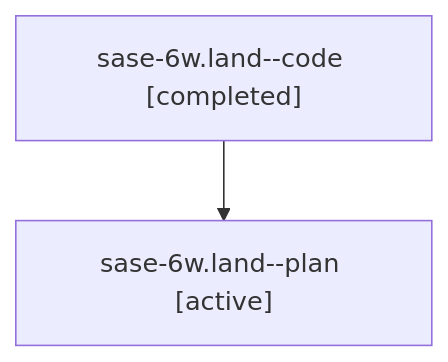
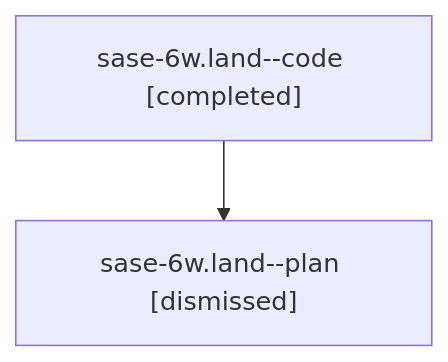
One commit to sase-org/sase--agents changed the diagram in sessions/bbugyi200.athena.sase-6w.land.md. Above: the diagram before and after it, drawn with Mermaid. The commit also changed other lines of this file and 77 other files, not shown here.

````diff
--- a/sessions/bbugyi200.athena.sase-6w.land.md
+++ b/sessions/bbugyi200.athena.sase-6w.land.md
@@ -9,6 +9,6 @@
 ```mermaid
 flowchart TD
   n0["sase-6w.land--code [completed]"]
-  n1["sase-6w.land--plan [active]"]
+  n1["sase-6w.land--plan [dismissed]"]
   n0 --> n1
 ```
````
